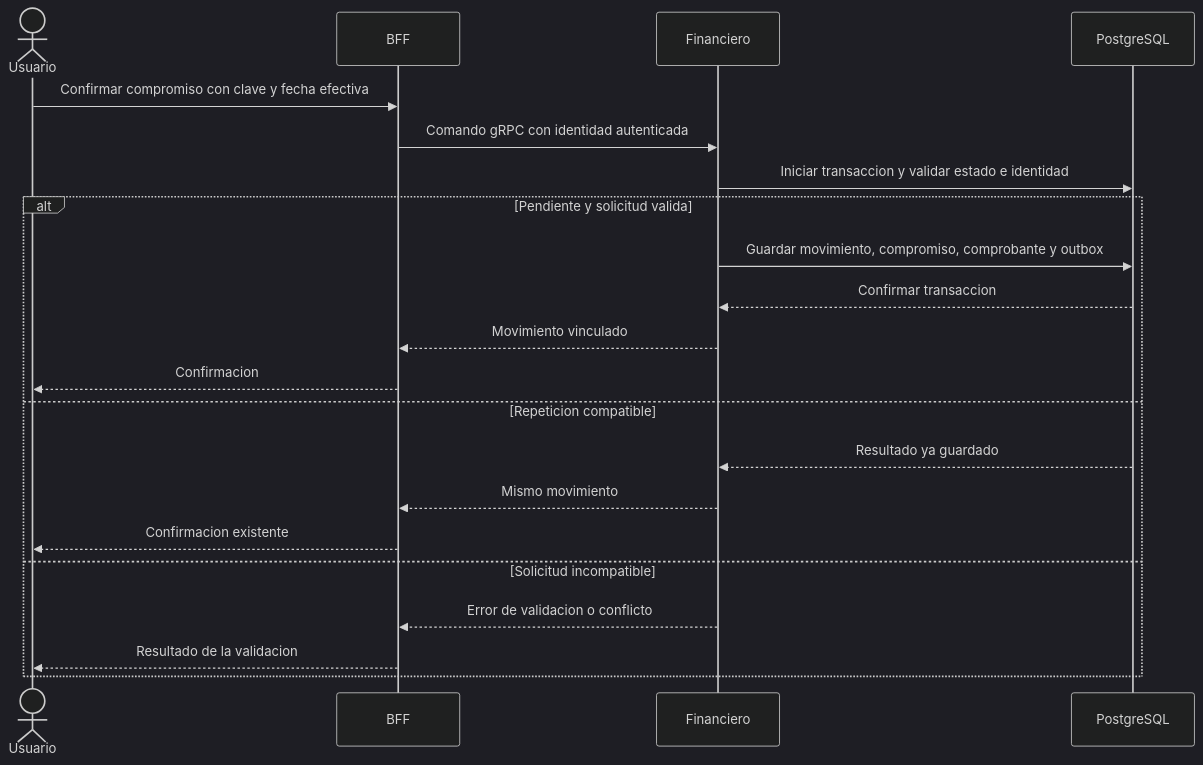
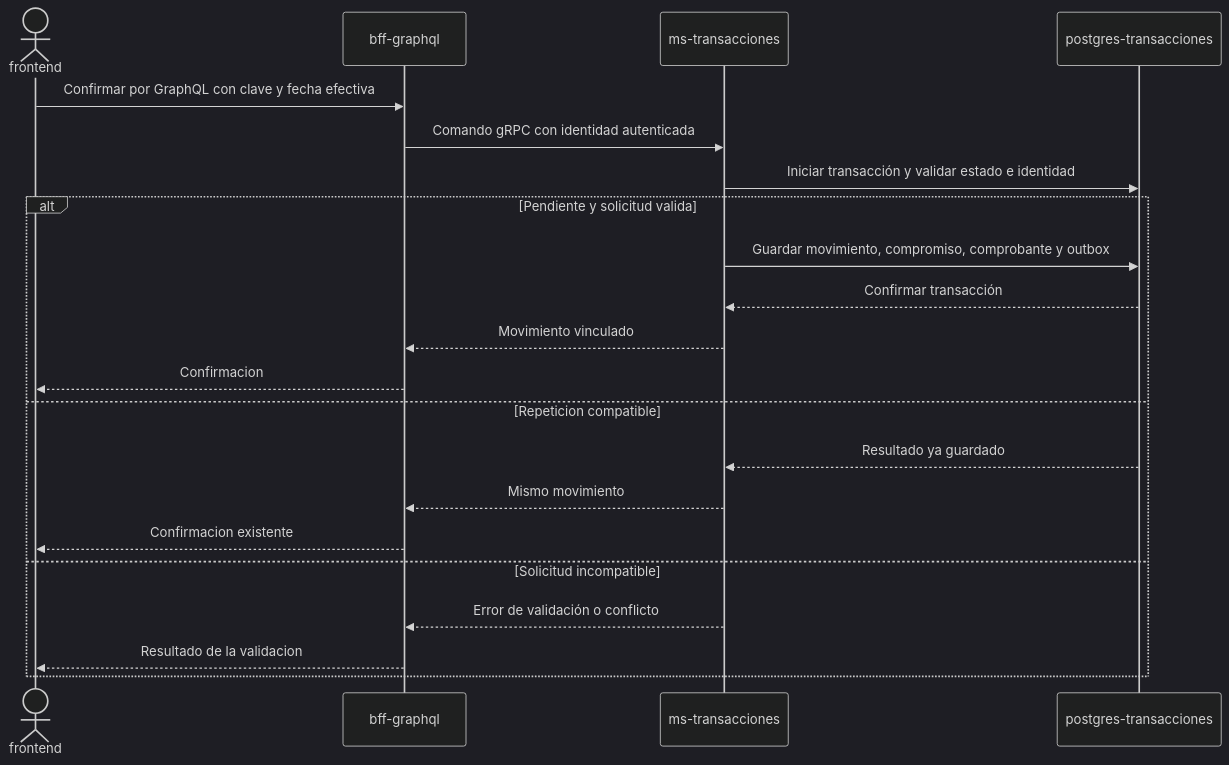
Before and after one commit to IgnacioCruzR/Billetera-Virtual: the diagram in docs/USE_CASES.md, drawn with Mermaid (dark theme). The commit also changed other lines of this file and 117 other files, not shown here.

````diff
--- a/docs/USE_CASES.md
+++ b/docs/USE_CASES.md
@@ -32,23 +32,23 @@
 ```mermaid
 sequenceDiagram
-    actor Usuario
-    participant BFF
-    participant Financiero
-    participant PostgreSQL
-    Usuario->>BFF: Confirmar compromiso con clave y fecha efectiva
-    BFF->>Financiero: Comando gRPC con identidad autenticada
-    Financiero->>PostgreSQL: Iniciar transaccion y validar estado e identidad
+    actor Usuario as frontend
+    participant BFF as bff-graphql
+    participant T as ms-transacciones
+    participant DB as postgres-transacciones
+    Usuario->>BFF: Confirmar por GraphQL con clave y fecha efectiva
+    BFF->>T: Comando gRPC con identidad autenticada
+    T->>DB: Iniciar transacción y validar estado e identidad
     alt Pendiente y solicitud valida
-        Financiero->>PostgreSQL: Guardar movimiento, compromiso, comprobante y outbox
-        PostgreSQL-->>Financiero: Confirmar transaccion
-        Financiero-->>BFF: Movimiento vinculado
+        T->>DB: Guardar movimiento, compromiso, comprobante y outbox
+        DB-->>T: Confirmar transacción
+        T-->>BFF: Movimiento vinculado
         BFF-->>Usuario: Confirmacion
     else Repeticion compatible
-        PostgreSQL-->>Financiero: Resultado ya guardado
-        Financiero-->>BFF: Mismo movimiento
+        DB-->>T: Resultado ya guardado
+        T-->>BFF: Mismo movimiento
         BFF-->>Usuario: Confirmacion existente
     else Solicitud incompatible
-        Financiero-->>BFF: Error de validacion o conflicto
+        T-->>BFF: Error de validación o conflicto
         BFF-->>Usuario: Resultado de la validacion
     end
 ```
````
